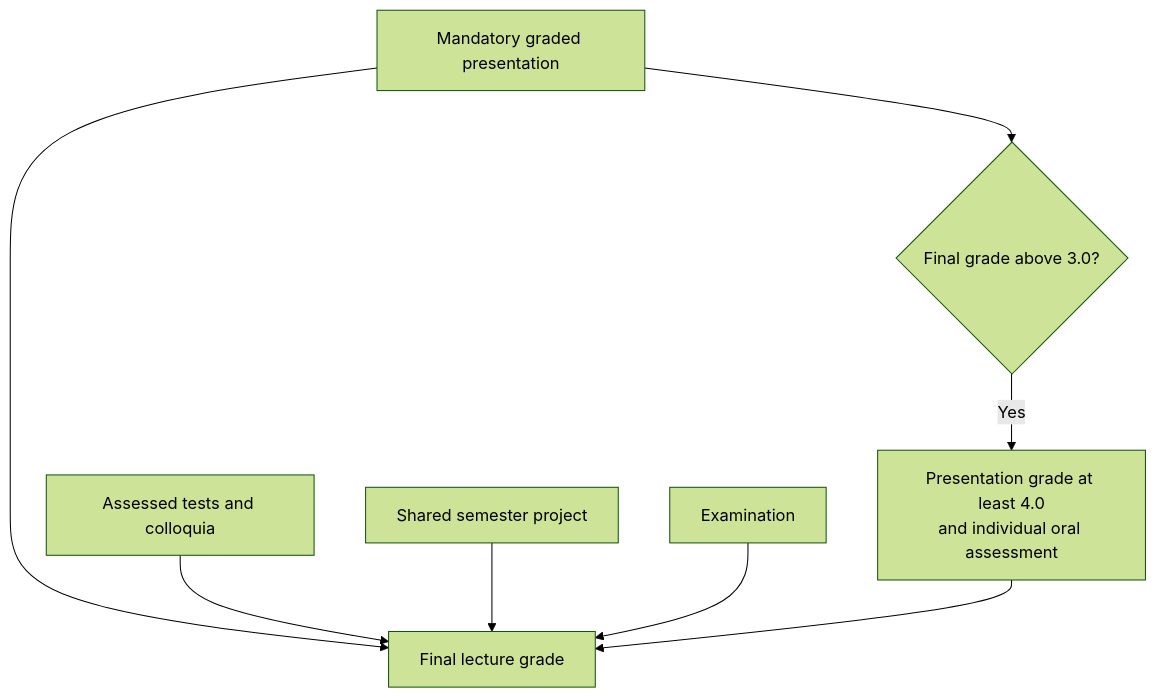
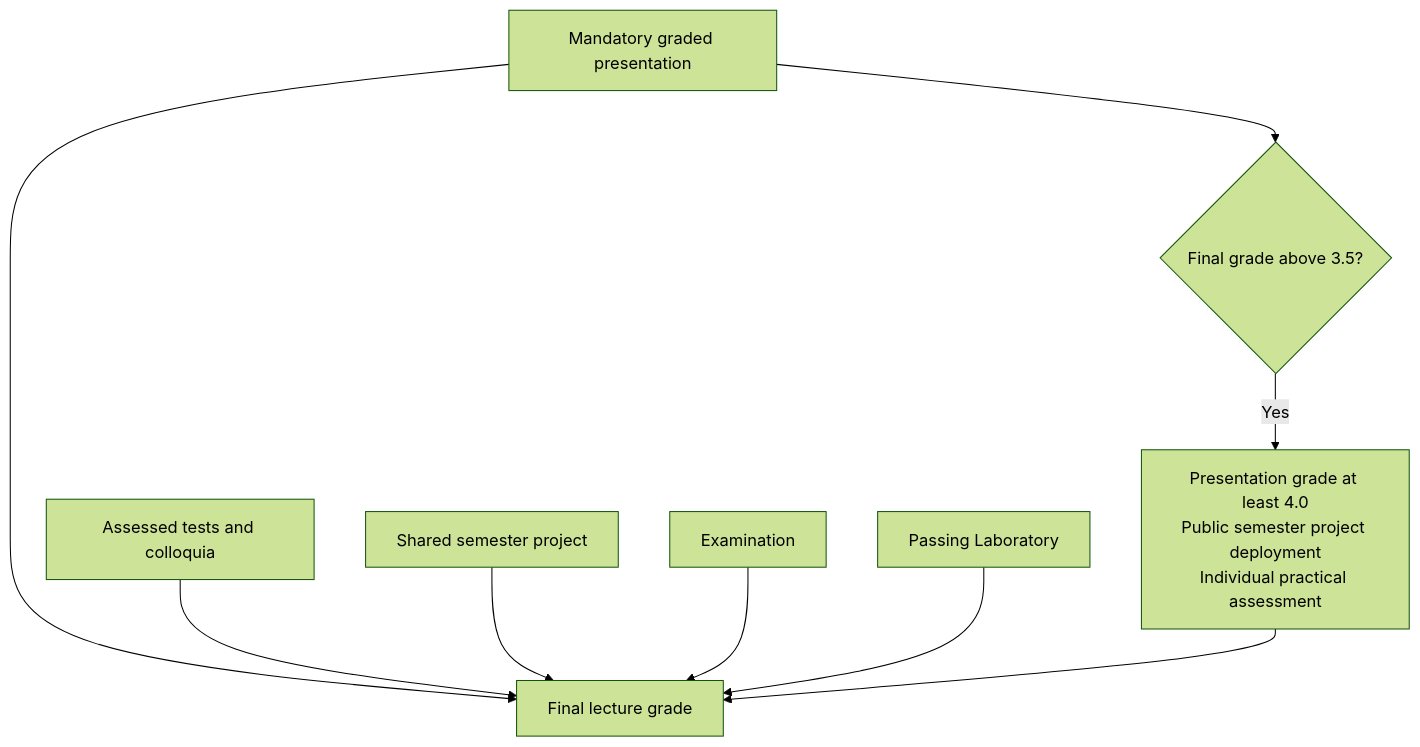
One commit to jakubsitekai/vistula-claude-glm changed the eighth of 8 diagrams in grading/presentation-repository-guide.md. Above: the diagram before and after it, drawn with Mermaid (forest theme). The commit also changed other lines of this file and 2 other files, not shown here.

Commit message:
Publish revised assessment requirements and grade thresholds

````diff
--- a/grading/presentation-repository-guide.md
+++ b/grading/presentation-repository-guide.md
@@ -199,10 +199,11 @@
 ```mermaid
 flowchart TD
     P[Mandatory graded presentation] --> L[Final lecture grade]
     T[Assessed tests and colloquia] --> L
     S[Shared semester project] --> L
     E[Examination] --> L
-    P --> G{Final grade above 3.0?}
-    G -->|Yes| O[Presentation grade at least 4.0<br/>and individual oral assessment]
+    B[Passing Laboratory] --> L
+    P --> G{Final grade above 3.5?}
+    G -->|Yes| O[Presentation grade at least 4.0<br/>Public semester project deployment<br/>Individual practical assessment]
     O --> L
 ```
````
